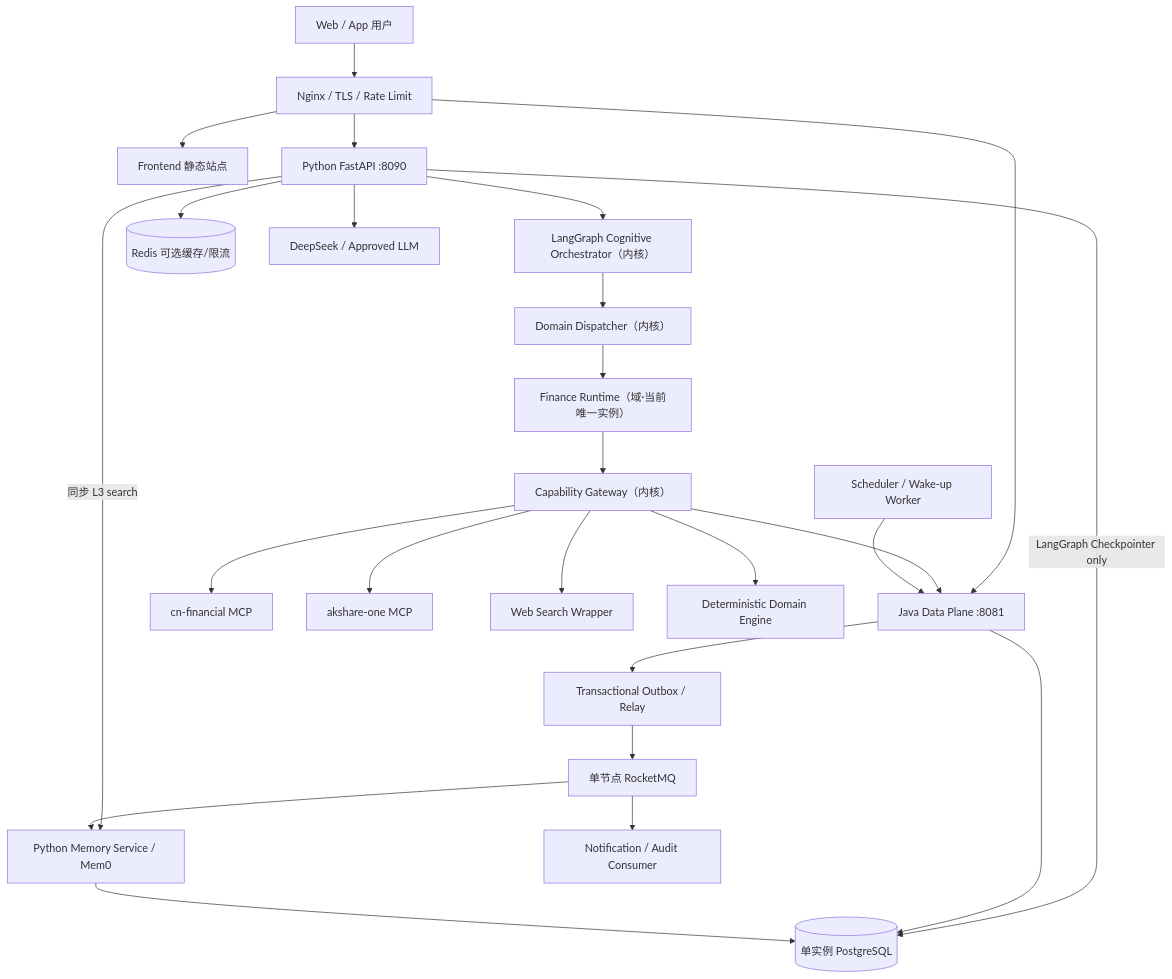
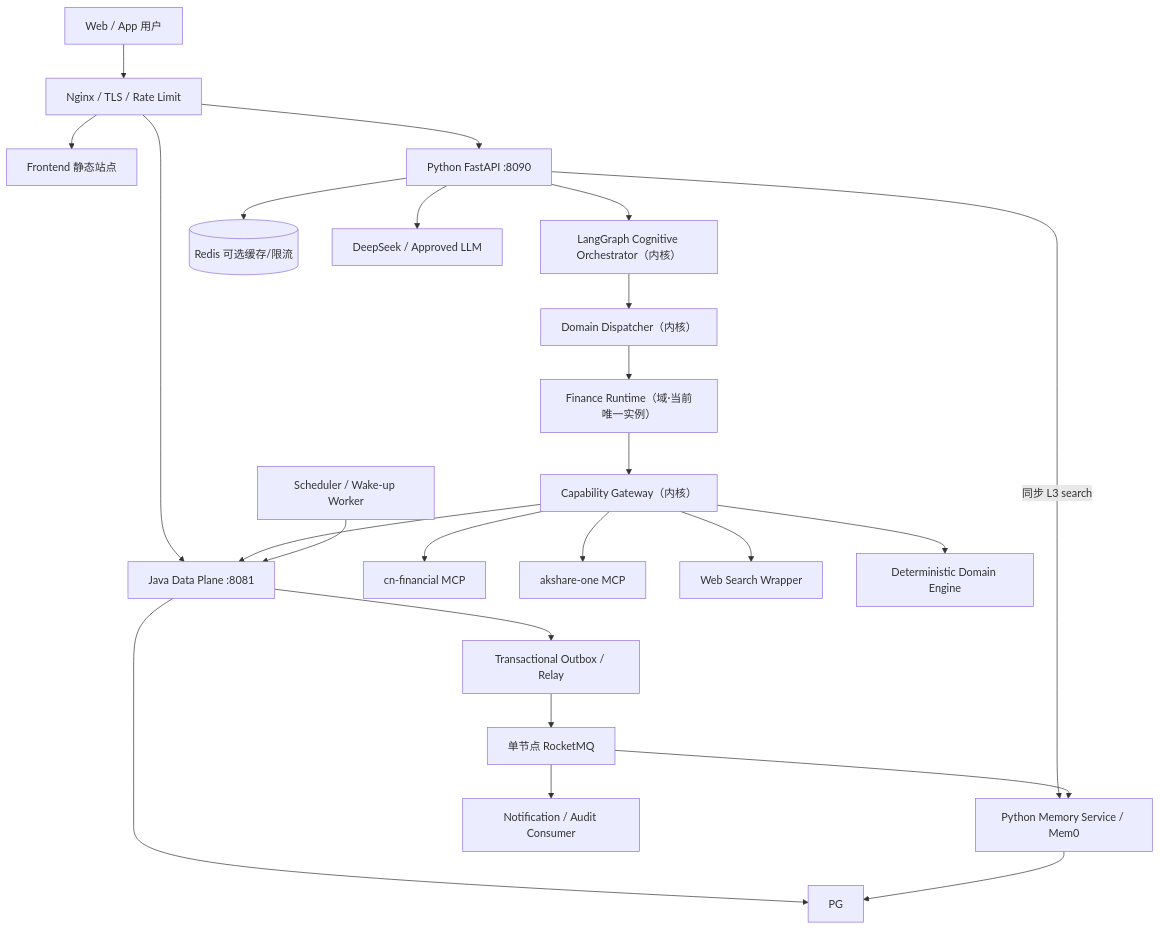
One commit to umaruyuca-cmyk/bdlhxny-agent changed the first of 3 diagrams in docs/architecture/00-BDLH-Agent-Runtime统一生产架构.md. Above: the diagram before and after it, drawn with Mermaid. The commit also changed other lines of this file and 46 other files, not shown here.

````diff
--- a/docs/architecture/00-BDLH-Agent-Runtime统一生产架构.md
+++ b/docs/architecture/00-BDLH-Agent-Runtime统一生产架构.md
@@ -240,31 +214,30 @@
 ```mermaid
 flowchart TB
     USER["Web / App 用户"] --> EDGE["Nginx / TLS / Rate Limit"]
     EDGE --> FE["Frontend 静态站点"]
     EDGE --> PYAPI["Python FastAPI :8090"]
     EDGE --> JAVA["Java Data Plane :8081"]
 
     PYAPI --> COG["LangGraph Cognitive Orchestrator（内核）"]
     COG --> DISP["Domain Dispatcher（内核）"]
     DISP --> FIN["Finance Runtime（域·当前唯一实例）"]
     FIN --> CAP["Capability Gateway（内核）"]
 
     CAP --> MCP1["cn-financial MCP"]
     CAP --> MCP2["akshare-one MCP"]
     CAP --> SEARCH["Web Search Wrapper"]
     CAP --> JAVA
     CAP --> ENGINE["Deterministic Domain Engine"]
 
-    PYAPI -->|"LangGraph Checkpointer only"| PG[("单实例 PostgreSQL")]
     PYAPI --> REDIS[("Redis 可选缓存/限流")]
     PYAPI -->|"同步 L3 search"| MEM["Python Memory Service / Mem0"]
     PYAPI --> LLM["DeepSeek / Approved LLM"]
 
     JAVA --> PG
     MEM --> PG
     JAVA --> OUTBOX["Transactional Outbox / Relay"]
     OUTBOX --> MQ["单节点 RocketMQ"]
     MQ --> MEM
     MQ --> WORKER["Notification / Audit Consumer"]
     SCHED["Scheduler / Wake-up Worker"] --> JAVA
 ```
````
